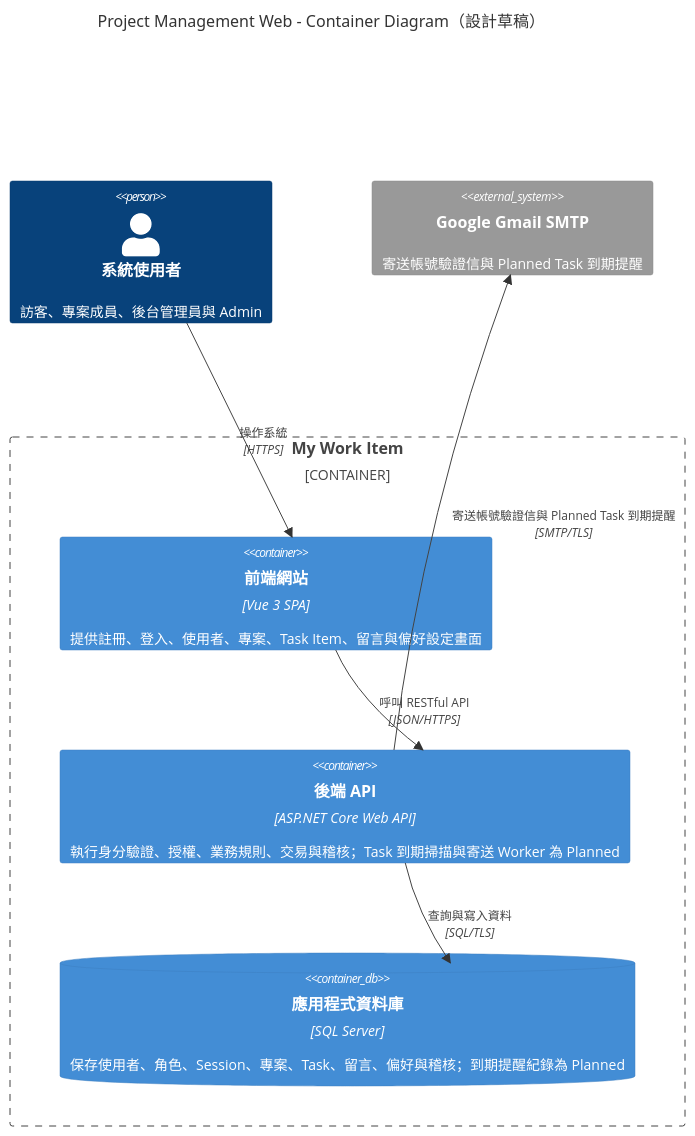
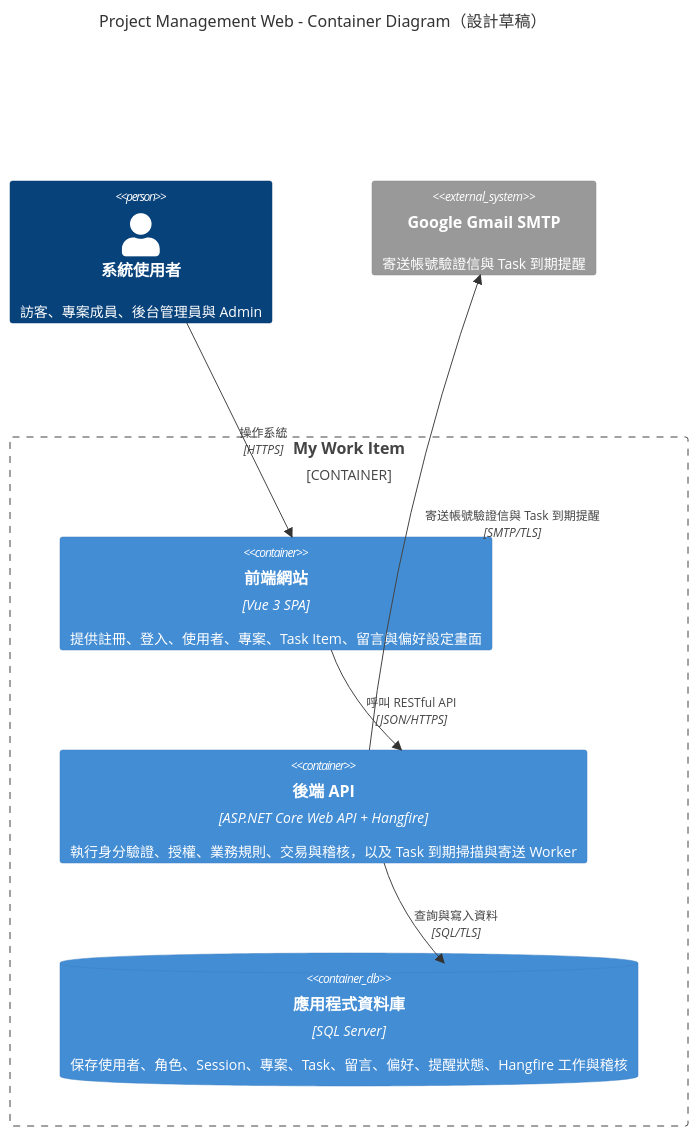
The second of 5 diagrams in C4/ProjectManagementWeb_C4_Level1_Level3.md (JJDing-Louis/ProjectManagementWeb_Spec), drawn with Mermaid before and after one commit. The commit also changed other lines of this file and 13 other files, not shown here.

````diff
--- a/C4/ProjectManagementWeb_C4_Level1_Level3.md
+++ b/C4/ProjectManagementWeb_C4_Level1_Level3.md
@@ -34,20 +34,20 @@
 ```mermaid
 C4Container
     title Project Management Web - Container Diagram（設計草稿）
 
     Person(systemUser, "系統使用者", "訪客、專案成員、後台管理員與 Admin")
-    System_Ext(emailService, "Google Gmail SMTP", "寄送帳號驗證信與 Planned Task 到期提醒")
+    System_Ext(emailService, "Google Gmail SMTP", "寄送帳號驗證信與 Task 到期提醒")
 
     Container_Boundary(myWorkItemBoundary, "My Work Item") {
         Container(webApp, "前端網站", "Vue 3 SPA", "提供註冊、登入、使用者、專案、Task Item、留言與偏好設定畫面")
-        Container(api, "後端 API", "ASP.NET Core Web API", "執行身分驗證、授權、業務規則、交易與稽核；Task 到期掃描與寄送 Worker 為 Planned")
-        ContainerDb(database, "應用程式資料庫", "SQL Server", "保存使用者、角色、Session、專案、Task、留言、偏好與稽核；到期提醒紀錄為 Planned")
+        Container(api, "後端 API", "ASP.NET Core Web API + Hangfire", "執行身分驗證、授權、業務規則、交易與稽核，以及 Task 到期掃描與寄送 Worker")
+        ContainerDb(database, "應用程式資料庫", "SQL Server", "保存使用者、角色、Session、專案、Task、留言、偏好、提醒狀態、Hangfire 工作與稽核")
     }
 
     Rel(systemUser, webApp, "操作系統", "HTTPS")
     Rel(webApp, api, "呼叫 RESTful API", "JSON/HTTPS")
     Rel(api, database, "查詢與寫入資料", "SQL/TLS")
-    Rel(api, emailService, "寄送帳號驗證信與 Planned Task 到期提醒", "SMTP/TLS")
+    Rel(api, emailService, "寄送帳號驗證信與 Task 到期提醒", "SMTP/TLS")
 
     UpdateLayoutConfig($c4ShapeInRow="2", $c4BoundaryInRow="1")
 ```
````
